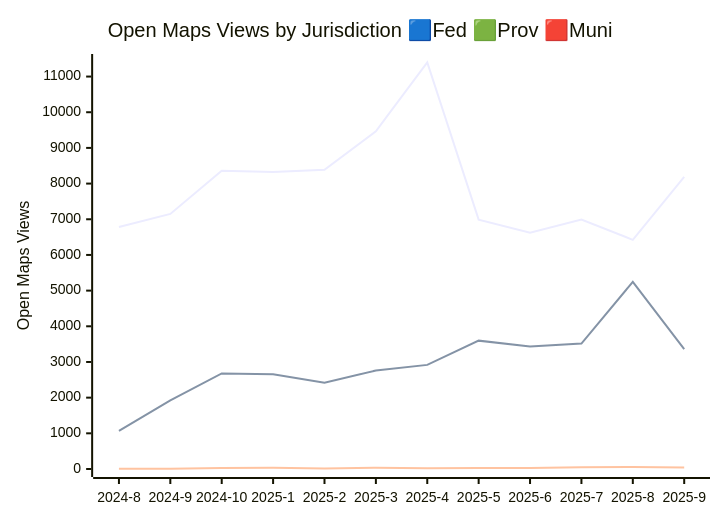
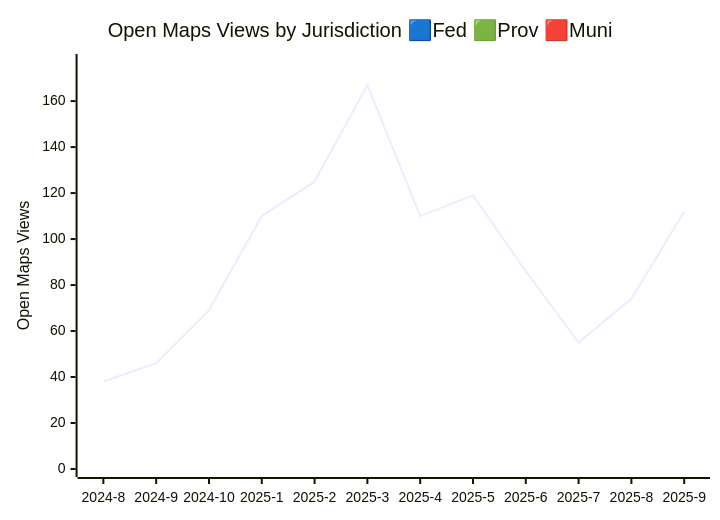
One commit to PatLittle/analytics-corporate-reporting changed the third of 3 diagrams in JURISDICTION_ANALYTICS_REPORT/readme.md. Above: the diagram before and after it, drawn with Mermaid. The commit also changed other lines of this file and 3 other files, not shown here.

````diff
--- a/JURISDICTION_ANALYTICS_REPORT/readme.md
+++ b/JURISDICTION_ANALYTICS_REPORT/readme.md
@@ -40,10 +38,8 @@
 ```mermaid
 
 xychart-beta
     title "Open Maps Views by Jurisdiction 🟦Fed 🟩Prov 🟥Muni"
     x-axis [2024-8, 2024-9, 2024-10, 2025-1, 2025-2, 2025-3, 2025-4, 2025-5, 2025-6, 2025-7, 2025-8, 2025-9]
-    y-axis "Open Maps Views" 0 --> 11408
-    line [6784, 7150, 8359, 8325, 8386, 9467, 11398, 6990, 6623, 6992, 6423, 8189]
-    line [1066, 1926, 2679, 2657, 2415, 2762, 2918, 3598, 3432, 3517, 5246, 3363]
-    line [7, 6, 25, 32, 16, 36, 20, 25, 29, 48, 54, 45]
+    y-axis "Open Maps Views" 0 --> 177
+    line [38, 46, 69, 110, 125, 167, 110, 119, 86, 55, 74, 112]
 ```
````
